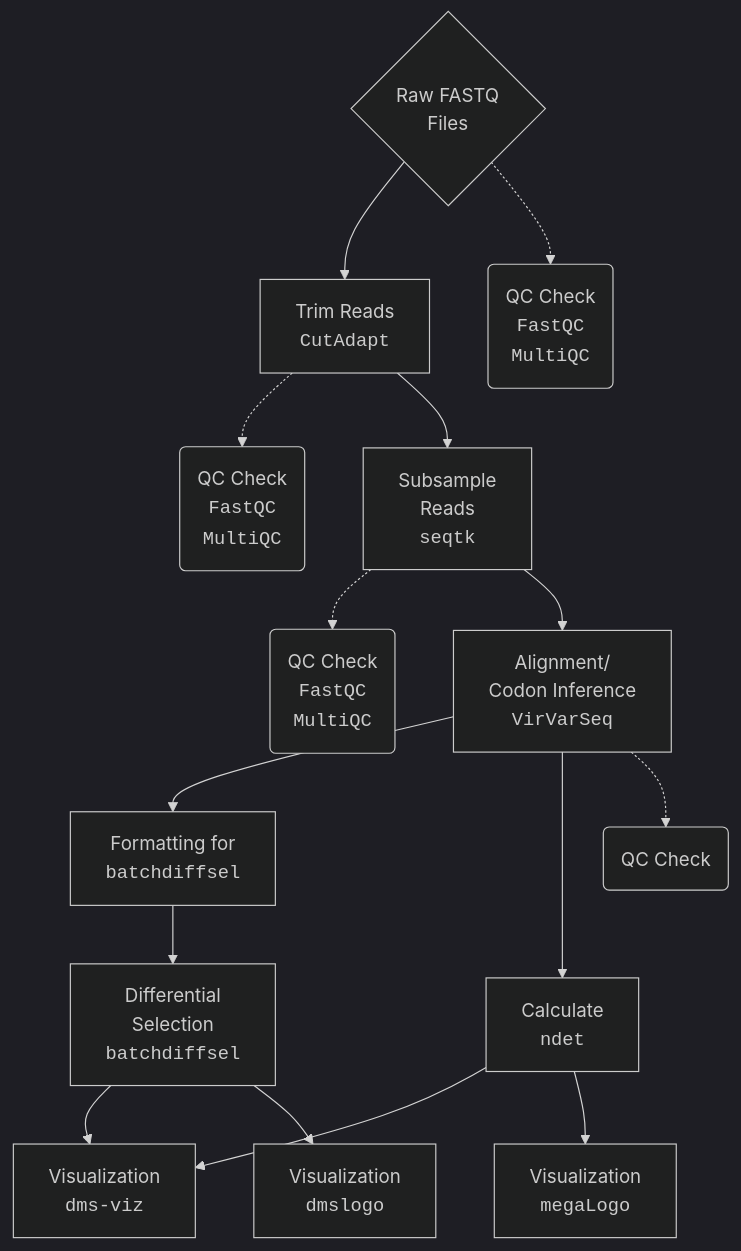
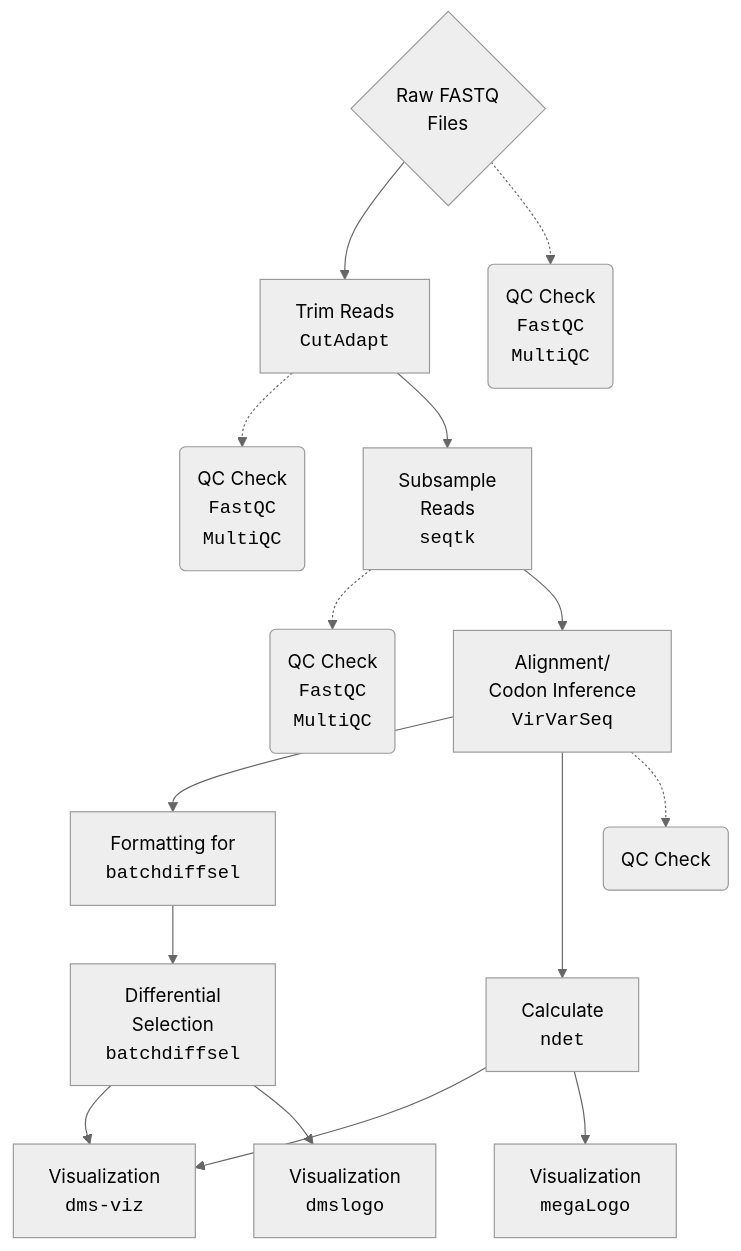
The diagram in README.md (tmorrisonlab/chikvdms-mAb-paper), drawn with Mermaid before and after one commit. The commit also changed other lines of this file and 21 other files, not shown here.

````diff
--- a/README.md
+++ b/README.md
@@ -49,20 +49,20 @@
 ``` mermaid
-%%{init: {"theme": "dark"}}%%
+%%{init: {"theme": "neutral"}}%%
 
 flowchart TB
   A{"Raw FASTQ<br>Files"}
   A --> B["Trim Reads<br><code>CutAdapt</code>"]
   A -.-> C("QC Check<br><code>FastQC</code><br><code>MultiQC</code>")
   B -.-> D("QC Check<br><code>FastQC</code><br><code>MultiQC</code>")
   B --> E["Subsample<br>Reads<br><code>seqtk</code>"]
   E -.-> F("QC Check<br><code>FastQC</code><br><code>MultiQC</code>")
   E --> G["Alignment/<br>Codon Inference"<br><code>VirVarSeq</code>]
   G --> H["Formatting for<br><code>batchdiffsel</code>"]
   G --> I["Calculate<br><code>ndet</code>"]
   G -.-> J("QC Check")
   I --> K["Visualization<br><code>dms-viz</code>"]
   H --> L["Differential<br>Selection<br><code>batchdiffsel</code>"]
   L --> K
   L --> M["Visualization<br><code>dmslogo</code>"]
   I --> N["Visualization<br><code>megaLogo</code>"]
 ```
````
